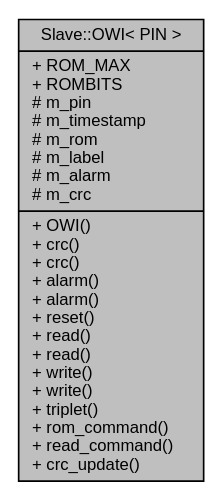
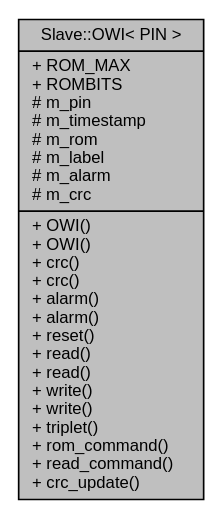
One commit to mikaelpatel/mikaelpatel.github.io changed the diagram in Arduino-OWI/d9/de1/classSlave_1_1OWI__coll__graph.dot. Above: the diagram before and after it, drawn with Graphviz. The commit also changed 174 other files, not shown here.

```diff
--- a/Arduino-OWI/d9/de1/classSlave_1_1OWI__coll__graph.dot
+++ b/Arduino-OWI/d9/de1/classSlave_1_1OWI__coll__graph.dot
@@ -1,6 +1,6 @@
 digraph "Slave::OWI&lt; PIN &gt;"
 {
   edge [fontname="Helvetica",fontsize="10",labelfontname="Helvetica",labelfontsize="10"];
   node [fontname="Helvetica",fontsize="10",shape=record];
-  Node1 [label="{Slave::OWI\< PIN \>\n|+ ROM_MAX\l+ ROMBITS\l# m_pin\l# m_timestamp\l# m_rom\l# m_label\l# m_alarm\l# m_crc\l|+ OWI()\l+ crc()\l+ crc()\l+ alarm()\l+ alarm()\l+ reset()\l+ read()\l+ read()\l+ write()\l+ write()\l+ triplet()\l+ rom_command()\l+ read_command()\l+ crc_update()\l}",height=0.2,width=0.4,color="black", fillcolor="grey75", style="filled", fontcolor="black"];
+  Node1 [label="{Slave::OWI\< PIN \>\n|+ ROM_MAX\l+ ROMBITS\l# m_pin\l# m_timestamp\l# m_rom\l# m_label\l# m_alarm\l# m_crc\l|+ OWI()\l+ OWI()\l+ crc()\l+ crc()\l+ alarm()\l+ alarm()\l+ reset()\l+ read()\l+ read()\l+ write()\l+ write()\l+ triplet()\l+ rom_command()\l+ read_command()\l+ crc_update()\l}",height=0.2,width=0.4,color="black", fillcolor="grey75", style="filled", fontcolor="black"];
 }
```
